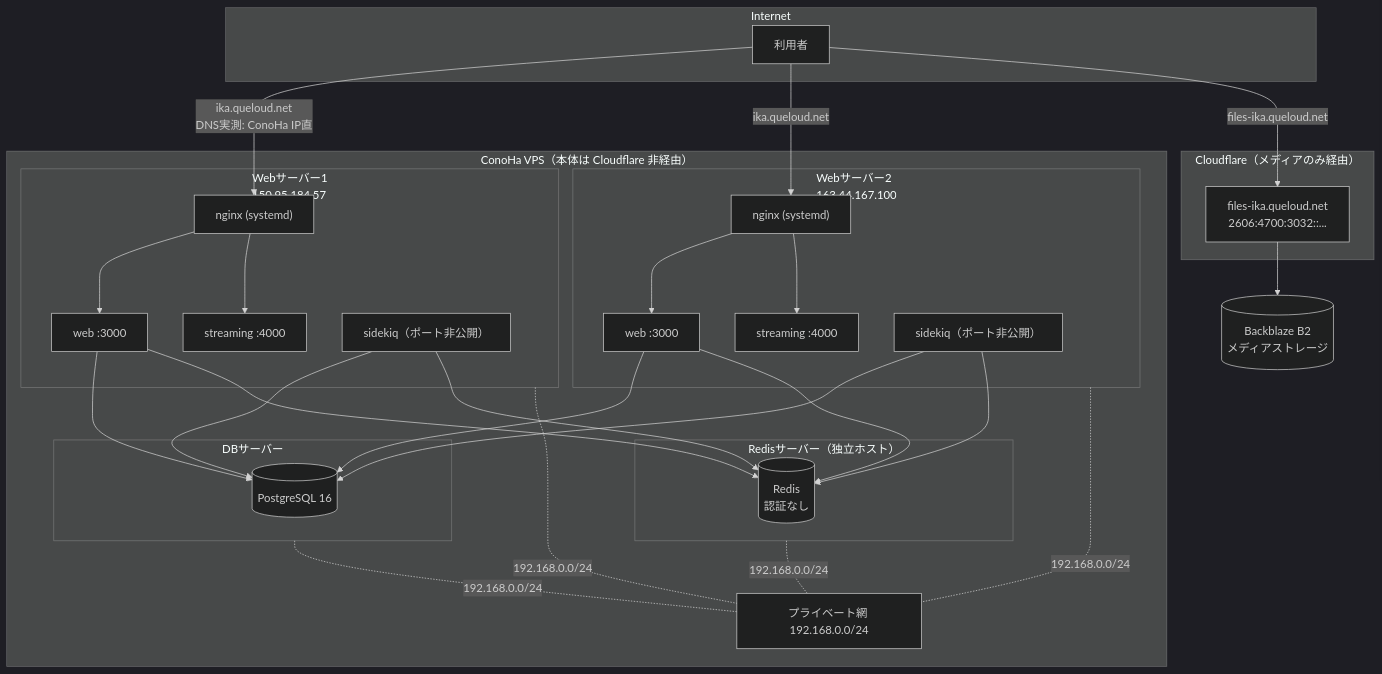
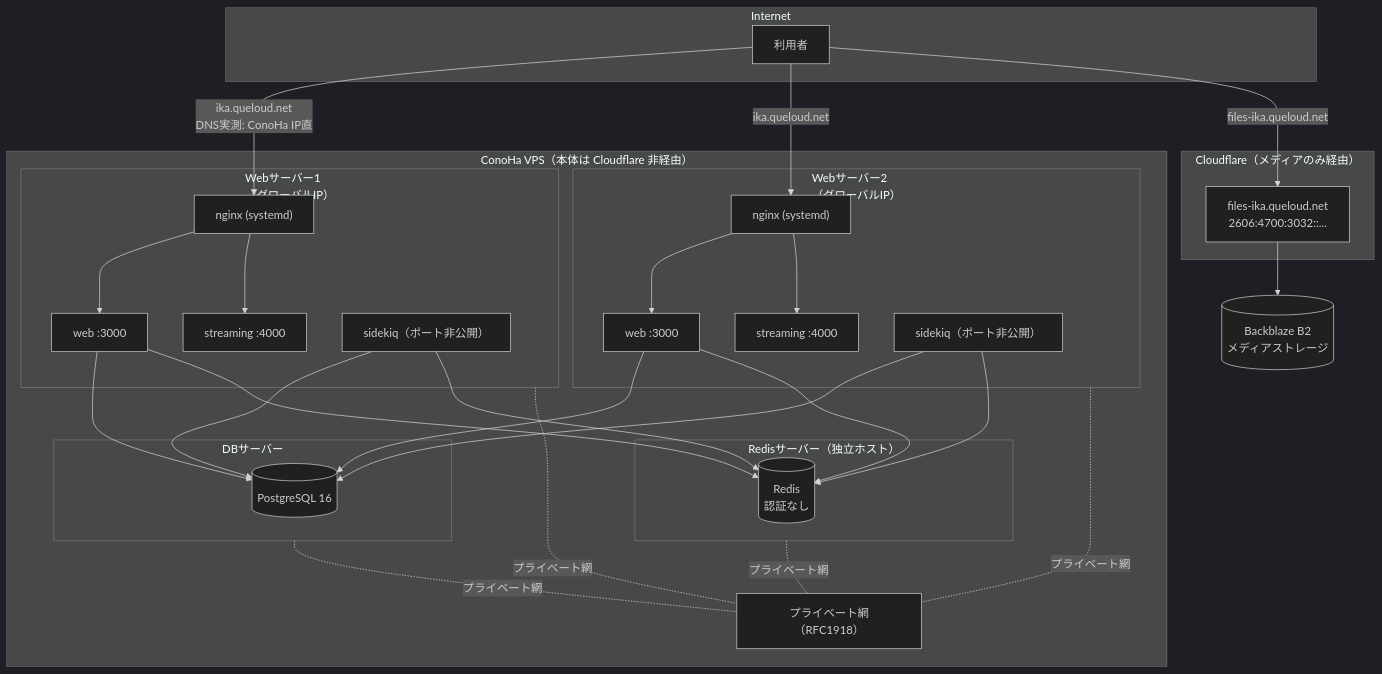
One commit to koba-lab/mastodon changed the diagram in ikatodon/docs/infrastructure.md. Above: the diagram before and after it, drawn with Mermaid (dark theme). The commit also changed other lines of this file, not shown here.

````diff
--- a/ikatodon/docs/infrastructure.md
+++ b/ikatodon/docs/infrastructure.md
@@ -20,60 +20,60 @@
 ```mermaid
 flowchart TB
     subgraph Internet
         User[利用者]
     end
 
     subgraph CF["Cloudflare（メディアのみ経由）"]
         CFProxy["files-ika.queloud.net<br/>2606:4700:3032::..."]
     end
 
     B2[(Backblaze B2<br/>メディアストレージ)]
 
     subgraph ConoHa["ConoHa VPS（本体は Cloudflare 非経由）"]
-        subgraph Host1["Webサーバー1<br/>150.95.184.57"]
+        subgraph Host1["Webサーバー1<br/>（グローバルIP）"]
             Nginx1["nginx (systemd)"]
             Web1["web :3000"]
             Stream1["streaming :4000"]
             Sidekiq1["sidekiq（ポート非公開）"]
             Nginx1 --> Web1
             Nginx1 --> Stream1
         end
 
-        subgraph Host2["Webサーバー2<br/>163.44.167.100"]
+        subgraph Host2["Webサーバー2<br/>（グローバルIP）"]
             Nginx2["nginx (systemd)"]
             Web2["web :3000"]
             Stream2["streaming :4000"]
             Sidekiq2["sidekiq（ポート非公開）"]
             Nginx2 --> Web2
             Nginx2 --> Stream2
         end
 
         subgraph DBHost["DBサーバー"]
             PG[(PostgreSQL 16)]
         end
 
         subgraph RedisHost["Redisサーバー（独立ホスト）"]
             Redis[(Redis<br/>認証なし)]
         end
 
-        Priv["プライベート網 192.168.0.0/24"]
+        Priv["プライベート網（RFC1918）"]
     end
 
     User -->|"ika.queloud.net<br/>DNS実測: ConoHa IP直"| Nginx1
     User -->|"ika.queloud.net"| Nginx2
     User -->|"files-ika.queloud.net"| CFProxy --> B2
 
-    Host1 -. "192.168.0.0/24" .- Priv
-    Host2 -. "192.168.0.0/24" .- Priv
-    DBHost -. "192.168.0.0/24" .- Priv
-    RedisHost -. "192.168.0.0/24" .- Priv
+    Host1 -. "プライベート網" .- Priv
+    Host2 -. "プライベート網" .- Priv
+    DBHost -. "プライベート網" .- Priv
+    RedisHost -. "プライベート網" .- Priv
 
     Web1 --> PG
     Web1 --> Redis
     Web2 --> PG
     Web2 --> Redis
     Sidekiq1 --> PG
     Sidekiq1 --> Redis
     Sidekiq2 --> PG
     Sidekiq2 --> Redis
 ```
````
